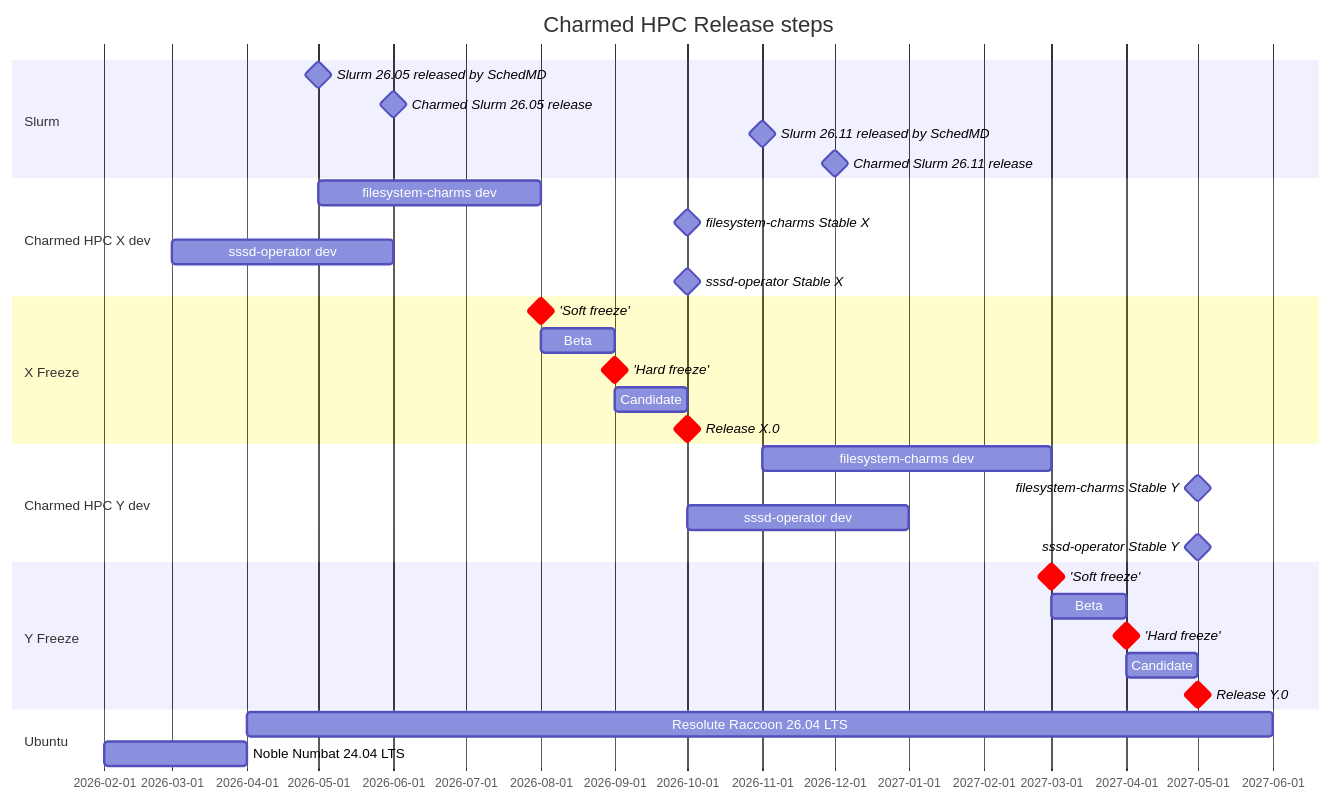
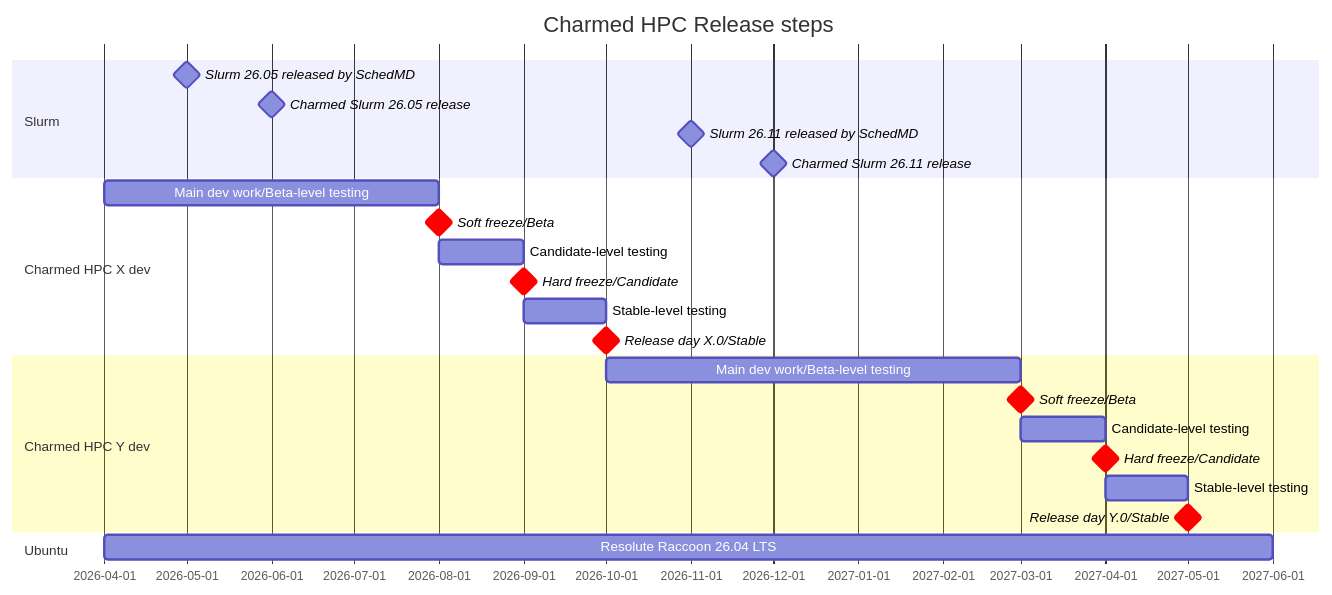
Before and after one commit to charmed-hpc/specs: the diagram in specs/UHPC 012 - Charmed HPC release policy and notes/uhpc-012.md, drawn with Mermaid. The commit also changed other lines of this file, not shown here.

Commit message:
feat(uhpc012): update risk status details and diagram for release policy

````diff
--- a/specs/UHPC 012 - Charmed HPC release policy and notes/uhpc-012.md
+++ b/specs/UHPC 012 - Charmed HPC release policy and notes/uhpc-012.md
@@ -95,37 +108,28 @@
 ```mermaid
 %%{init: {'themeVariables': {'critBorderColor': '#ff0000', 'critBkgColor': '#ff0000'}}}%%
 gantt
   title Charmed HPC Release steps
   dateFormat YYYY-MM
   todayMarker off
   section Slurm
         Slurm 26.05 released by SchedMD                         :milestone, a1, 2026-05, 0d
         Charmed Slurm 26.05 release                             :milestone, 2026-06, 0d
         Slurm 26.11 released by SchedMD                         :milestone, a2, 2026-11, 0d
         Charmed Slurm 26.11 release                             :milestone, 2026-12, 0d
   section Charmed HPC X dev
-        filesystem-charms dev                                   :f1, 2026-05, until v1
-        filesystem-charms Stable X                              :milestone, 2026-10, 0d
-        sssd-operator dev                                       :s1, 2026-03, 2026-06
-        sssd-operator Stable X                                  :milestone, 2026-10, 0d
-  section X Freeze
-        'Soft freeze'                                           :crit, milestone, v1, 2026-08, 0d
-        Beta                                                    :p1, after v1, until v2
-        'Hard freeze'                                           :crit, milestone, v2, 2026-09, 0d
-        Candidate                                               :c1, after v2, until r1
-        Release X.0                                             :crit, milestone, r1, 2026-10, 0d
+        Main dev work/Beta-level testing                        :f1, 2026-04, 2026-08
+        Soft freeze/Beta                                        :crit, milestone, v1, 2026-08, 0d
+        Candidate-level testing                                 :f2, 2026-08, 2026-09
+        Hard freeze/Candidate                                   :crit, milestone, v2, 2026-09, 0d
+        Stable-level testing                                    :f3, 2026-09, 2026-10
+        Release day X.0/Stable                                  :crit, milestone, r1, 2026-10, 0d
   section Charmed HPC Y dev
-        filesystem-charms dev                                   :f2, 2026-11, until v3
-        filesystem-charms Stable Y                              :milestone, 2027-05, 0d
-        sssd-operator dev                                       :s3, 2026-10, 2027-01
-        sssd-operator Stable Y                                  :milestone, 2027-05, 0d
-  section Y Freeze
-        'Soft freeze'                                           :crit, milestone, v3, 2027-03, 0d
-        Beta                                                    :p2, after v3, until v4
-        'Hard freeze'                                           :crit, milestone, v4, 2027-04, 0d
-        Candidate                                               :c2, after v4, until r2
-        Release Y.0                                             :crit, milestone, r2, 2027-05, 0d
+        Main dev work/Beta-level testing                        :f4, 2026-10, 2027-03
+        Soft freeze/Beta                                        :crit, milestone, v3, 2027-03, 0d
+        Candidate-level testing                                 :f5, 2027-03, 2027-04
+        Hard freeze/Candidate                                   :crit, milestone, v4, 2027-04, 0d
+        Stable-level testing                                    :f6, 2027-04, 2027-05
+        Release day Y.0/Stable                                  :crit, milestone, r2, 2027-05, 0d
   section Ubuntu
         Resolute Raccoon 26.04 LTS                              :2026-04, 2027-06
-        Noble Numbat 24.04 LTS                                  :2026-02, 2026-04
 ```
````
